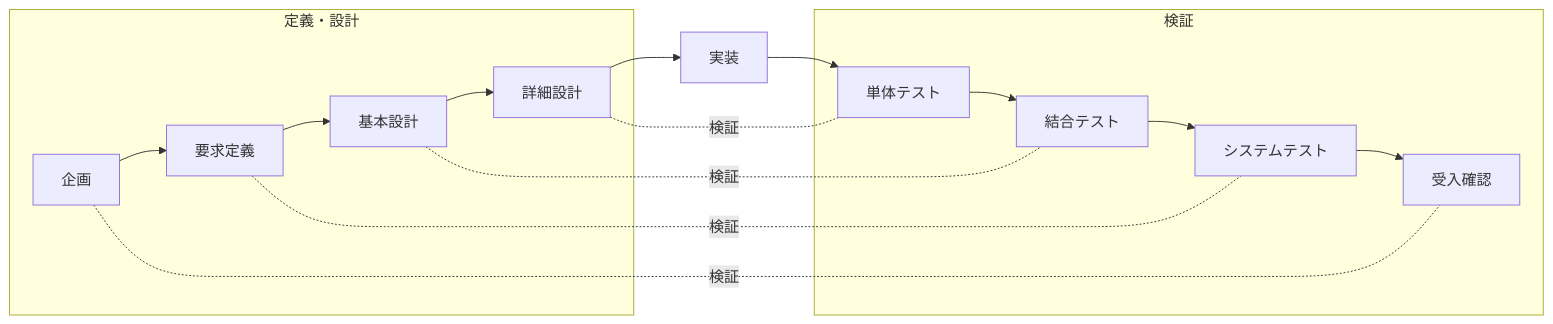
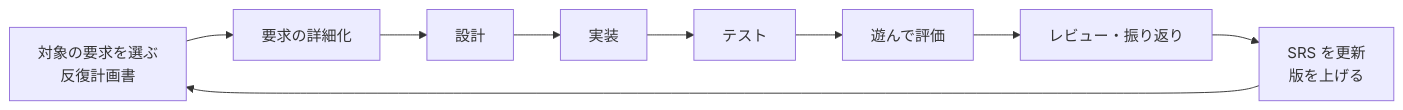
One commit to sakana396/fushigi_renkin changed the diagram in docs/00_plan/project-plan.md. Above: the diagram before and after it, drawn with Mermaid. The commit also changed other lines of this file and 12 other files, not shown here.

````diff
--- a/docs/00_plan/project-plan.md
+++ b/docs/00_plan/project-plan.md
@@ -31,19 +47,11 @@
 ```mermaid
 flowchart LR
-  subgraph 左辺[定義・設計]
-    A[企画] --> B[要求定義]
-    B --> C[基本設計]
-    C --> D[詳細設計]
-  end
-  D --> E[実装]
-  subgraph 右辺[検証]
-    F[単体テスト] --> G[結合テスト]
-    G --> H[システムテスト]
-    H --> I[受入確認]
-  end
-  E --> F
-  D -.検証.- F
-  C -.検証.- G
-  B -.検証.- H
-  A -.検証.- I
+  A[対象の要求を選ぶ<br/>反復計画書] --> B[要求の詳細化]
+  B --> C[設計]
+  C --> D[実装]
+  D --> E[テスト]
+  E --> F[遊んで評価]
+  F --> G[レビュー・振り返り]
+  G --> H[SRS を更新<br/>版を上げる]
+  H --> A
 ```
````
